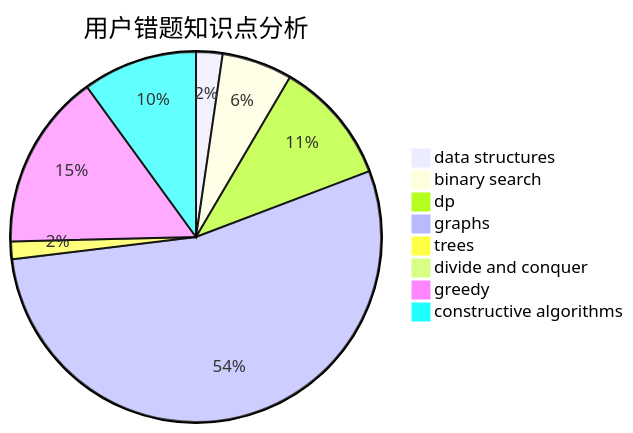
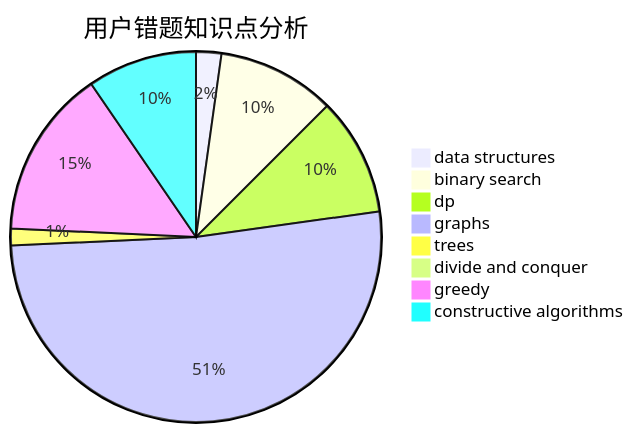
The third of 3 diagrams in docs/user/u2336.md (sherpahu/cfrs.github.io), drawn with Mermaid before and after one commit. The commit also changed other lines of this file and 2770 other files, not shown here.

````diff
--- a/docs/user/u2336.md
+++ b/docs/user/u2336.md
@@ -36,11 +36,11 @@
 ```mermaid
 pie title 用户错题知识点分析
     "data structures" :  3
-    "binary search" :  8
+    "binary search" :  14
     "dp" :  14
     "graphs" :  70
     "trees" :  2
     "divide and conquer" :  0
     "greedy" :  20
     "constructive algorithms" :  13
 ```
````
